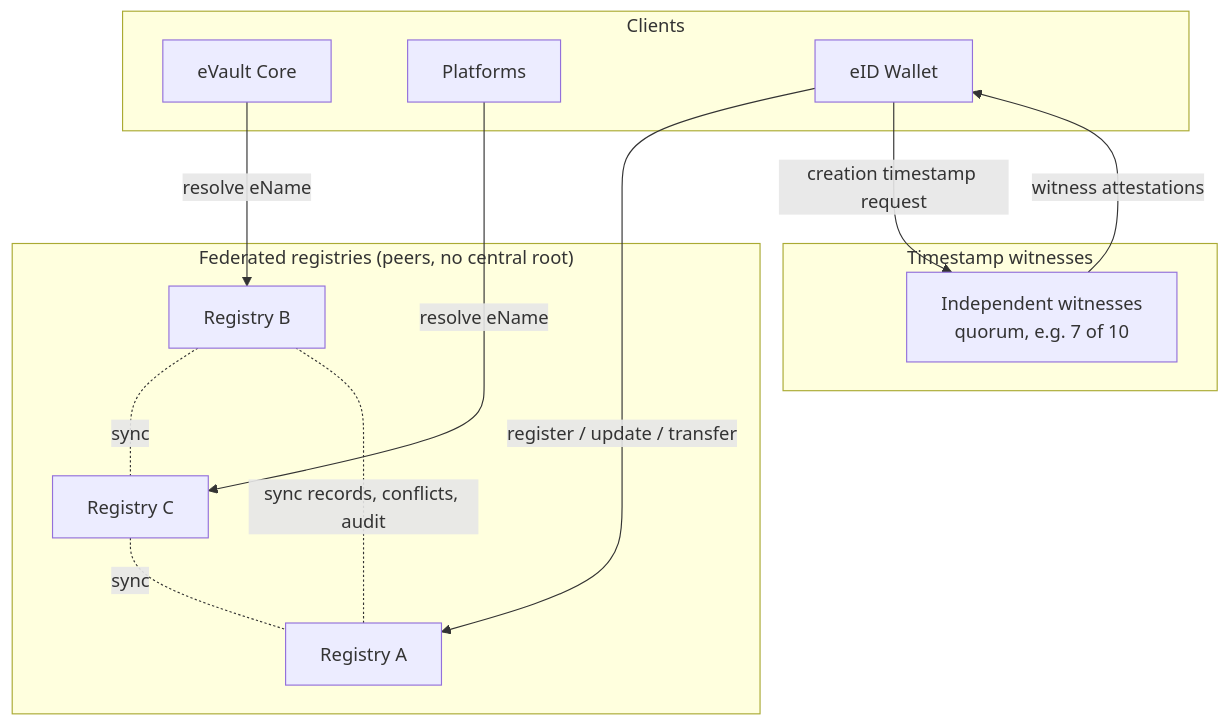
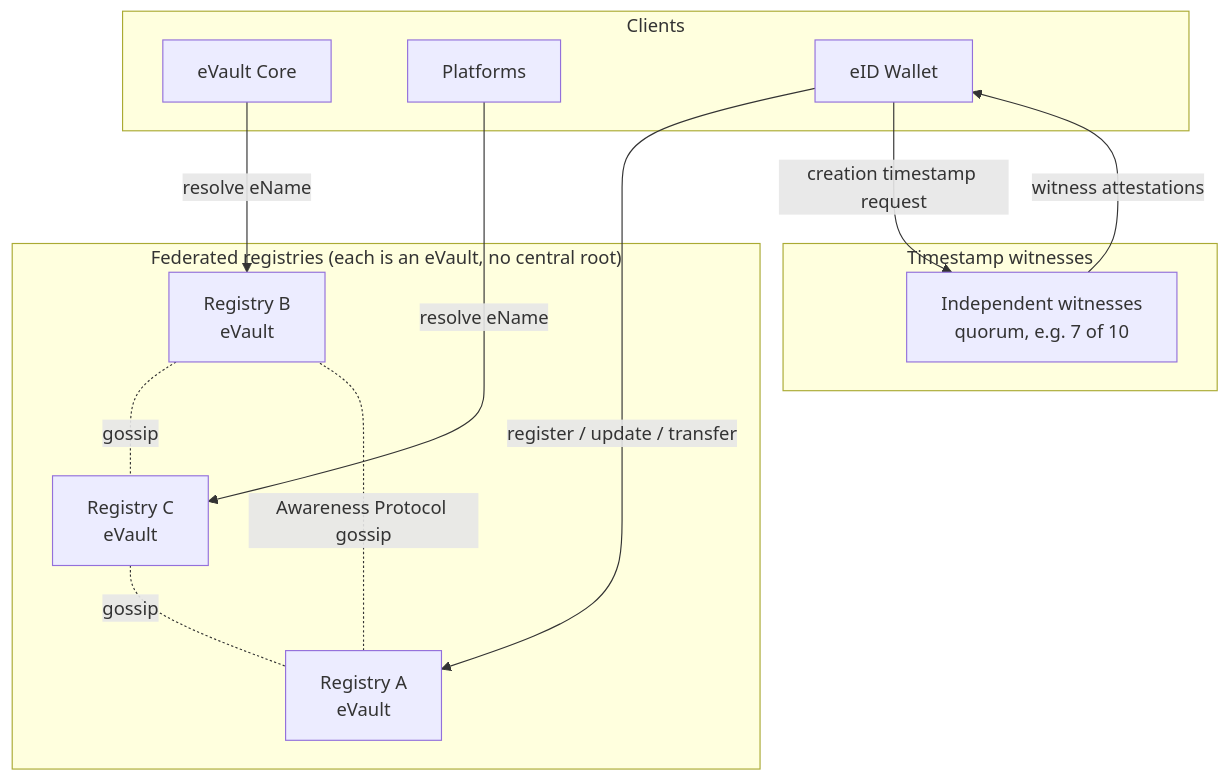
The diagram in content/docs/architecture/decentralised-registry/_index.md (w3ds-docs/w3ds-docs), drawn with Mermaid before and after one commit. The commit also changed other lines of this file and 6 other files, not shown here.

````diff
--- a/content/docs/architecture/decentralised-registry/_index.md
+++ b/content/docs/architecture/decentralised-registry/_index.md
@@ -102,27 +105,27 @@
 ```mermaid
 graph TB
     subgraph Clients["Clients"]
         EVault[eVault Core]
         Platform[Platforms]
         Wallet[eID Wallet]
     end
 
-    subgraph Federation["Federated registries (peers, no central root)"]
-        R1[Registry A]
-        R2[Registry B]
-        R3[Registry C]
-        R1 -. sync records, conflicts, audit .- R2
-        R2 -. sync .- R3
-        R3 -. sync .- R1
+    subgraph Federation["Federated registries (each is an eVault, no central root)"]
+        R1[Registry A<br/>eVault]
+        R2[Registry B<br/>eVault]
+        R3[Registry C<br/>eVault]
+        R1 -. Awareness Protocol gossip .- R2
+        R2 -. gossip .- R3
+        R3 -. gossip .- R1
     end
 
     subgraph Witnesses["Timestamp witnesses"]
         W[Independent witnesses<br/>quorum, e.g. 7 of 10]
     end
 
     Wallet -->|register / update / transfer| R1
     Wallet -->|creation timestamp request| W
     W -->|witness attestations| Wallet
     EVault -->|resolve eName| R2
     Platform -->|resolve eName| R3
 ```
````
